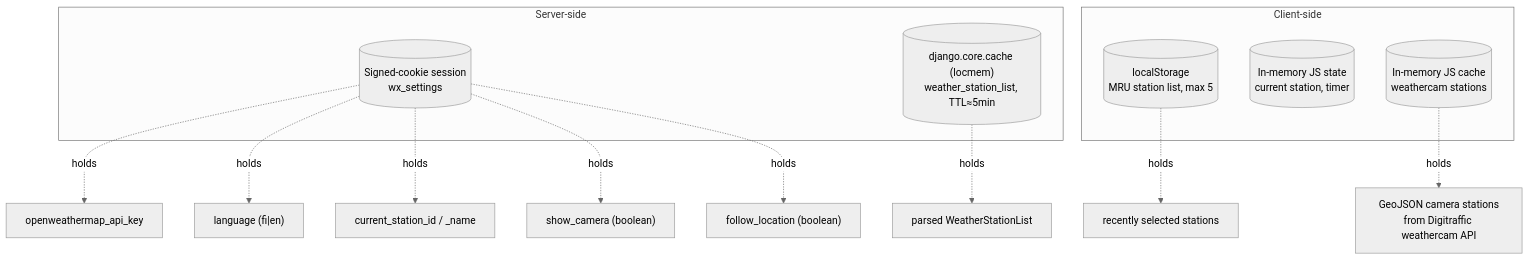
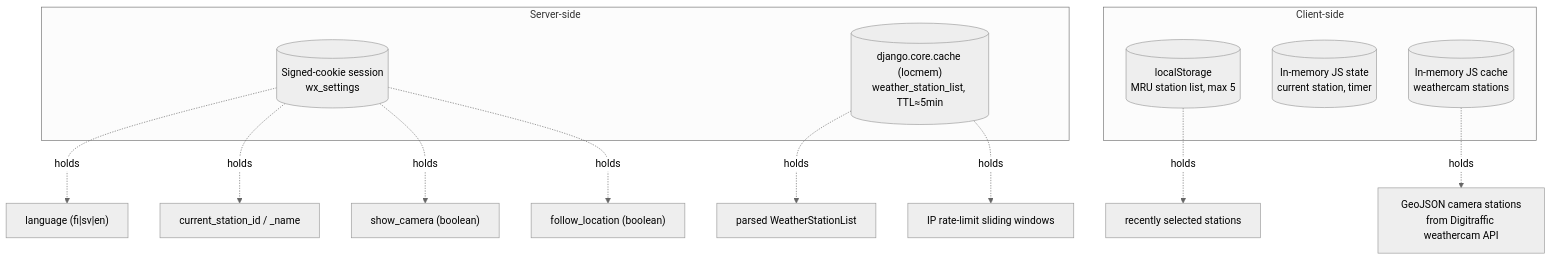
One commit to jjankkil/weatherview-django changed the seventh of 10 diagrams in docs/ARCHITECTURE.md. Above: the diagram before and after it, drawn with Mermaid (neutral theme). The commit also changed other lines of this file and 14 other files, not shown here.

Commit message:
Move OpenWeatherMap API key to server-side config, add IP rate limiting, fix Nginx proxy setup

````diff
--- a/docs/ARCHITECTURE.md
+++ b/docs/ARCHITECTURE.md
@@ -337,21 +338,21 @@
 ```mermaid
 flowchart TB
     subgraph Server-side
         S1[("Signed-cookie session<br/>wx_settings")]
         S2[("django.core.cache (locmem)<br/>weather_station_list, TTL≈5min")]
     end
     subgraph Client-side
         C1[("localStorage<br/>MRU station list, max 5")]
         C2[("In-memory JS state<br/>current station, timer")]
         C3[("In-memory JS cache<br/>weathercam stations")]
     end
 
-    S1 -.holds.-> K1["openweathermap_api_key"]
-    S1 -.holds.-> K2["language (fi|en)"]
+    S1 -.holds.-> K2["language (fi|sv|en)"]
     S1 -.holds.-> K3["current_station_id / _name"]
     S1 -.holds.-> K6["show_camera (boolean)"]
     S1 -.holds.-> K8["follow_location (boolean)"]
     S2 -.holds.-> K4["parsed WeatherStationList"]
+    S2 -.holds.-> K9["IP rate-limit sliding windows"]
     C1 -.holds.-> K5["recently selected stations"]
     C3 -.holds.-> K7["GeoJSON camera stations<br/>from Digitraffic weathercam API"]
 ```
````
